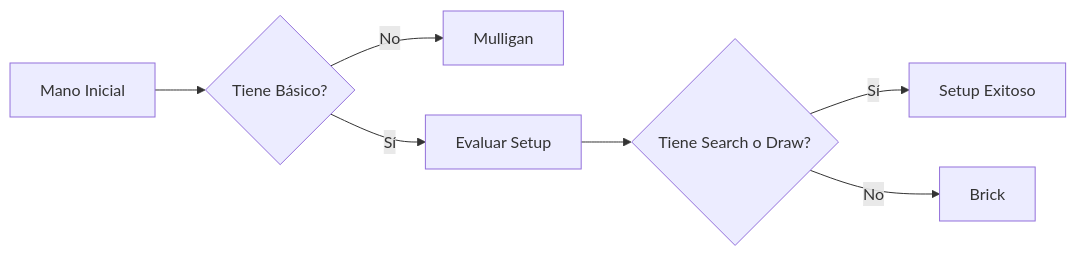
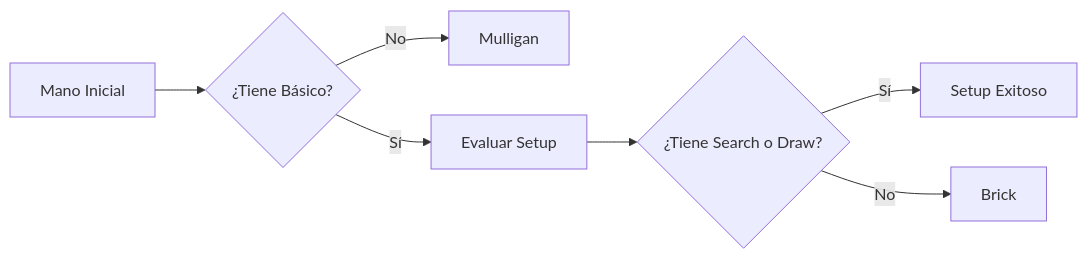
The third of 4 diagrams in README.md (sdg1309/SimulacionPTCG), drawn with Mermaid before and after one commit. The commit also changed other lines of this file, not shown here.

````diff
--- a/README.md
+++ b/README.md
@@ -206,13 +206,13 @@
 ```mermaid
 graph LR
 
-    A[Mano Inicial] --> B{Tiene Básico?}
+    A[Mano Inicial] --> B{¿Tiene Básico?}
 
     B -- No --> C[Mulligan]
     B -- Sí --> D[Evaluar Setup]
 
-    D --> E{Tiene Search o Draw?}
+    D --> E{¿Tiene Search o Draw?}
 
     E -- Sí --> F[Setup Exitoso]
     E -- No --> G[Brick]
 ```
````
